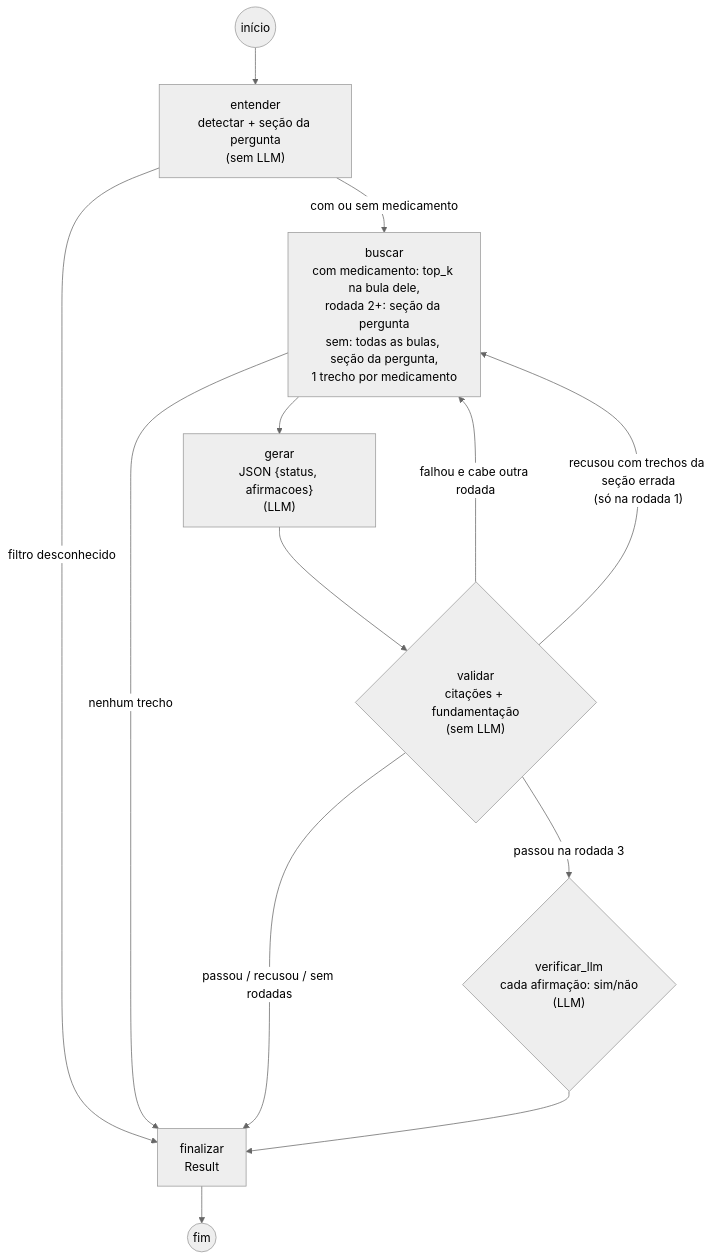
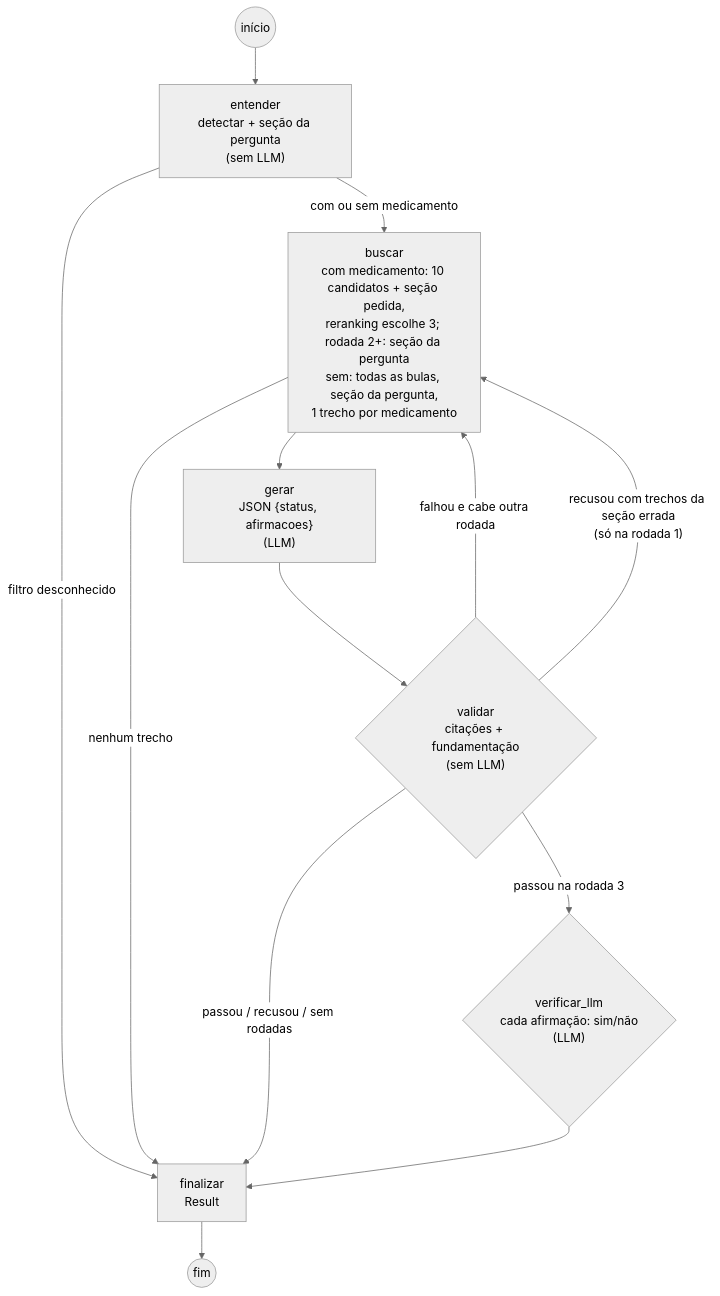
One commit to umdevaprendiz/farma-rag changed the third of 5 diagrams in README.md. Above: the diagram before and after it, drawn with Mermaid (neutral theme). The commit also changed other lines of this file and 15 other files, not shown here.

Commit message:
benchmark de 80 perguntas por âncora e reranking da rodada 1

````diff
--- a/README.md
+++ b/README.md
@@ -148,15 +149,15 @@
 ```mermaid
 flowchart TD
   S((início)) --> EN["entender<br/>detectar + seção da pergunta<br/>(sem LLM)"]
   EN -- "filtro desconhecido" --> FI
-  EN -- "com ou sem medicamento" --> BU["buscar<br/>com medicamento: top_k na bula dele,<br/>rodada 2+: seção da pergunta<br/>sem: todas as bulas, seção da pergunta,<br/>1 trecho por medicamento"]
+  EN -- "com ou sem medicamento" --> BU["buscar<br/>com medicamento: 10 candidatos + seção pedida,<br/>reranking escolhe 3; rodada 2+: seção da pergunta<br/>sem: todas as bulas, seção da pergunta,<br/>1 trecho por medicamento"]
   BU -- "nenhum trecho" --> FI
   BU --> GE["gerar<br/>JSON {status, afirmacoes}<br/>(LLM)"]
   GE --> VA{"validar<br/>citações + fundamentação<br/>(sem LLM)"}
   VA -- "falhou e cabe outra rodada" --> BU
   VA -- "recusou com trechos da seção errada<br/>(só na rodada 1)" --> BU
   VA -- "passou na rodada 3" --> VL{"verificar_llm<br/>cada afirmação: sim/não<br/>(LLM)"}
   VA -- "passou / recusou / sem rodadas" --> FI
   VL --> FI["finalizar<br/>Result"]
   FI --> E((fim))
 ```
````
